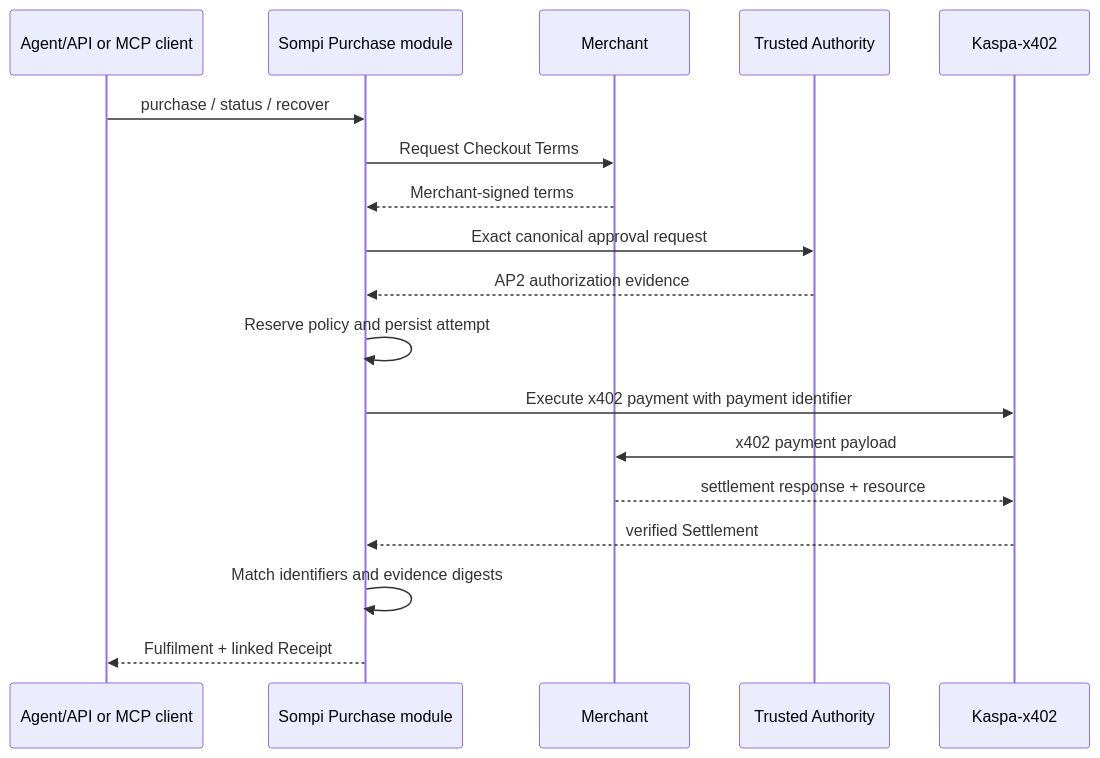
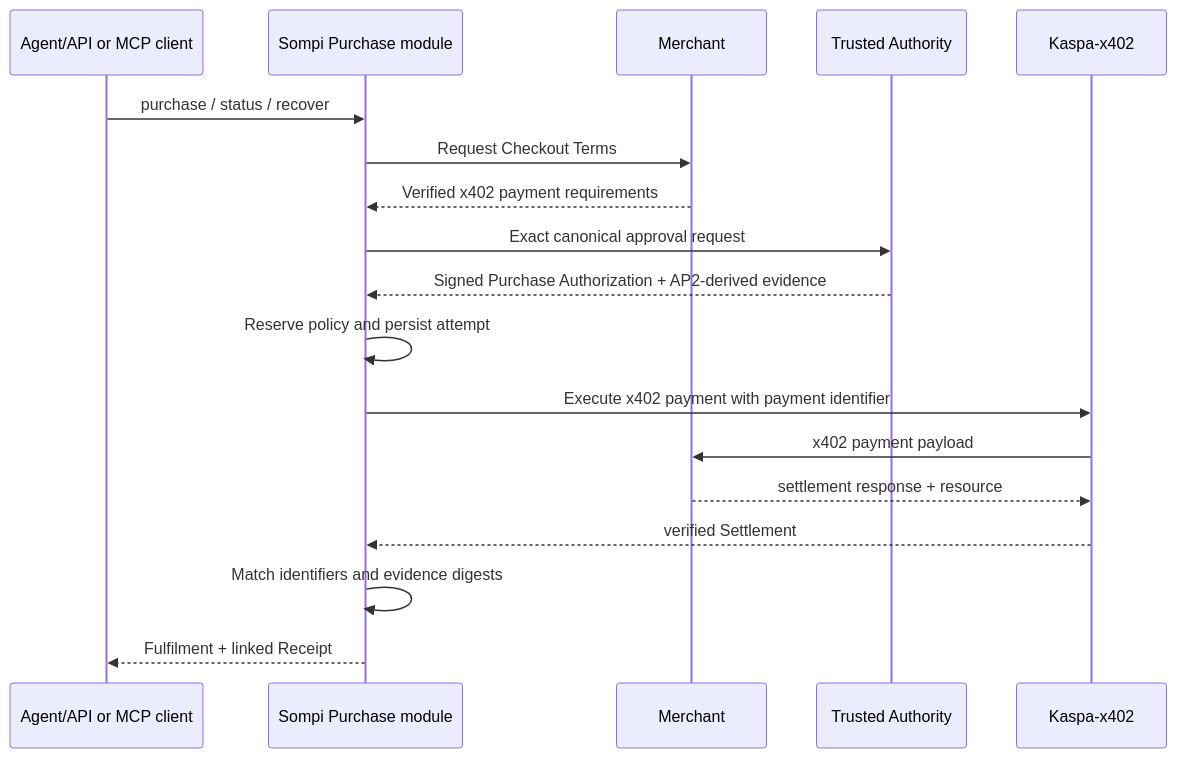
The third of 3 diagrams in docs/architecture/SOMPI_ARCHITECTURE.md (elldeeone/sompi), drawn with Mermaid before and after one commit. The commit also changed other lines of this file and 9 other files, not shown here.

````diff
--- a/docs/architecture/SOMPI_ARCHITECTURE.md
+++ b/docs/architecture/SOMPI_ARCHITECTURE.md
@@ -413,21 +425,21 @@
 ```mermaid
 sequenceDiagram
     participant A as Agent/API or MCP client
     participant S as Sompi Purchase module
     participant M as Merchant
     participant T as Trusted Authority
     participant X as Kaspa-x402
 
     A->>S: purchase / status / recover
     S->>M: Request Checkout Terms
-    M-->>S: Merchant-signed terms
+    M-->>S: Verified x402 payment requirements
     S->>T: Exact canonical approval request
-    T-->>S: AP2 authorization evidence
+    T-->>S: Signed Purchase Authorization + AP2-derived evidence
     S->>S: Reserve policy and persist attempt
     S->>X: Execute x402 payment with payment identifier
     X->>M: x402 payment payload
     M-->>X: settlement response + resource
     X-->>S: verified Settlement
     S->>S: Match identifiers and evidence digests
     S-->>A: Fulfilment + linked Receipt
 ```
````
